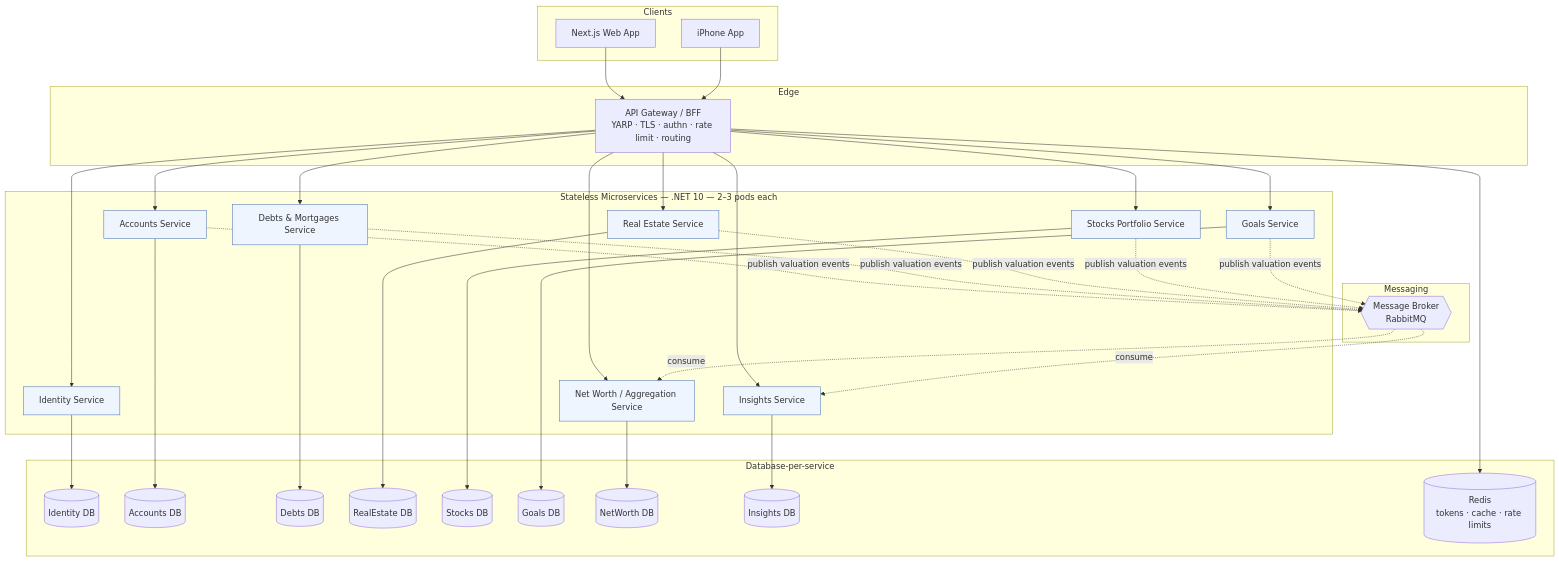
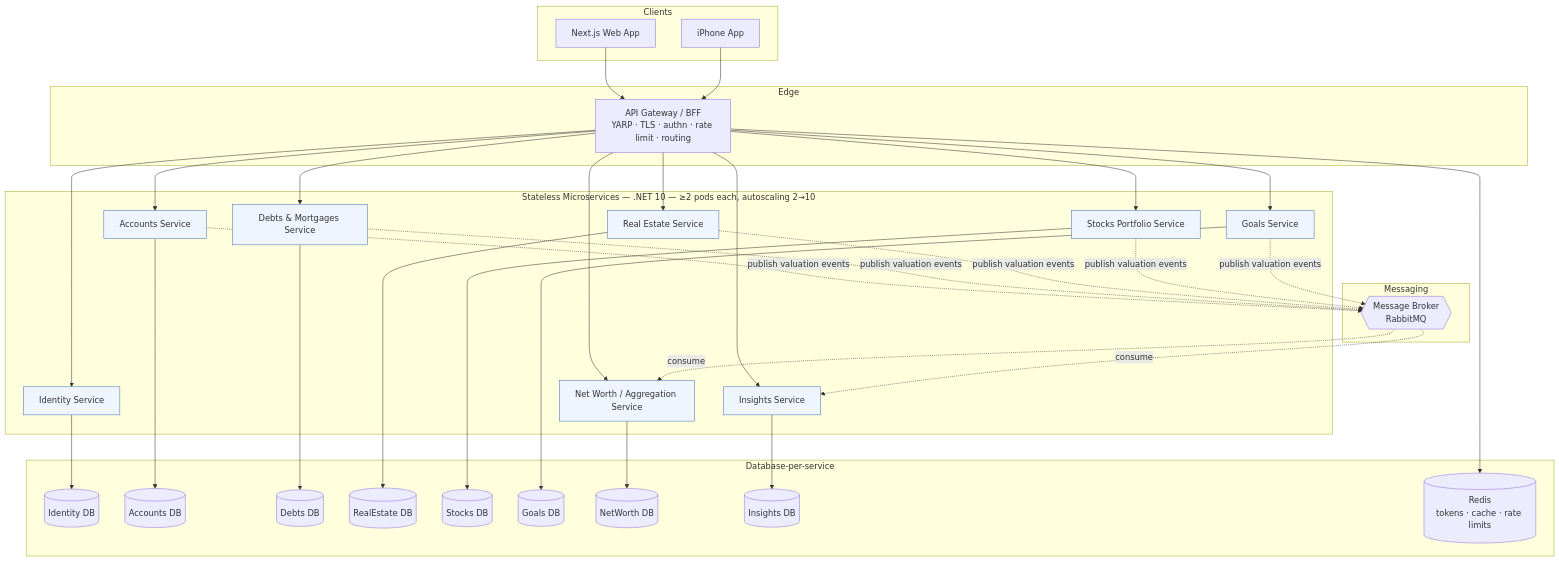
The second of 4 diagrams in phase-0/01-architecture.md (getdue-dev/getdue-docs), drawn with Mermaid before and after one commit. The commit also changed other lines of this file and 17 other files, not shown here.

````diff
--- a/phase-0/01-architecture.md
+++ b/phase-0/01-architecture.md
@@ -53,59 +53,59 @@
 ```mermaid
 graph TB
     subgraph Clients
         Web[Next.js Web App]
         iOS[iPhone App]
     end
 
     subgraph Edge
         GW[API Gateway / BFF\nYARP · TLS · authn · rate limit · routing]
     end
 
-    subgraph Services["Stateless Microservices — .NET 10 — 2–3 pods each"]
+    subgraph Services["Stateless Microservices — .NET 10 — ≥2 pods each, autoscaling 2→10"]
         Auth[Identity Service]
         Acct[Accounts Service]
         Debt[Debts & Mortgages Service]
         Prop[Real Estate Service]
         Stk[Stocks Portfolio Service]
         Goal[Goals Service]
         NW[Net Worth / Aggregation Service]
         Ins[Insights Service]
     end
 
     subgraph Messaging
         MB{{Message Broker\nRabbitMQ}}
     end
 
     subgraph Data["Database-per-service"]
         PGa[(Identity DB)]
         PGb[(Accounts DB)]
         PGc[(Debts DB)]
         PGd[(RealEstate DB)]
         PGe[(Stocks DB)]
         PGf[(Goals DB)]
         PGg[(NetWorth DB)]
         PGh[(Insights DB)]
         Redis[(Redis\ntokens · cache · rate limits)]
     end
 
     Web --> GW
     iOS --> GW
     GW --> Auth & Acct & Debt & Prop & Stk & Goal & NW & Ins
     GW --> Redis
 
     Auth --> PGa
     Acct --> PGb
     Debt --> PGc
     Prop --> PGd
     Stk --> PGe
     Goal --> PGf
     NW --> PGg
     Ins --> PGh
 
     Acct & Debt & Prop & Stk & Goal -.publish valuation events.-> MB
     MB -.consume.-> NW
     MB -.consume.-> Ins
 
     classDef svc fill:#eef5ff,stroke:#4a72b0;
     class Auth,Acct,Debt,Prop,Stk,Goal,NW,Ins svc;
 ```
````
